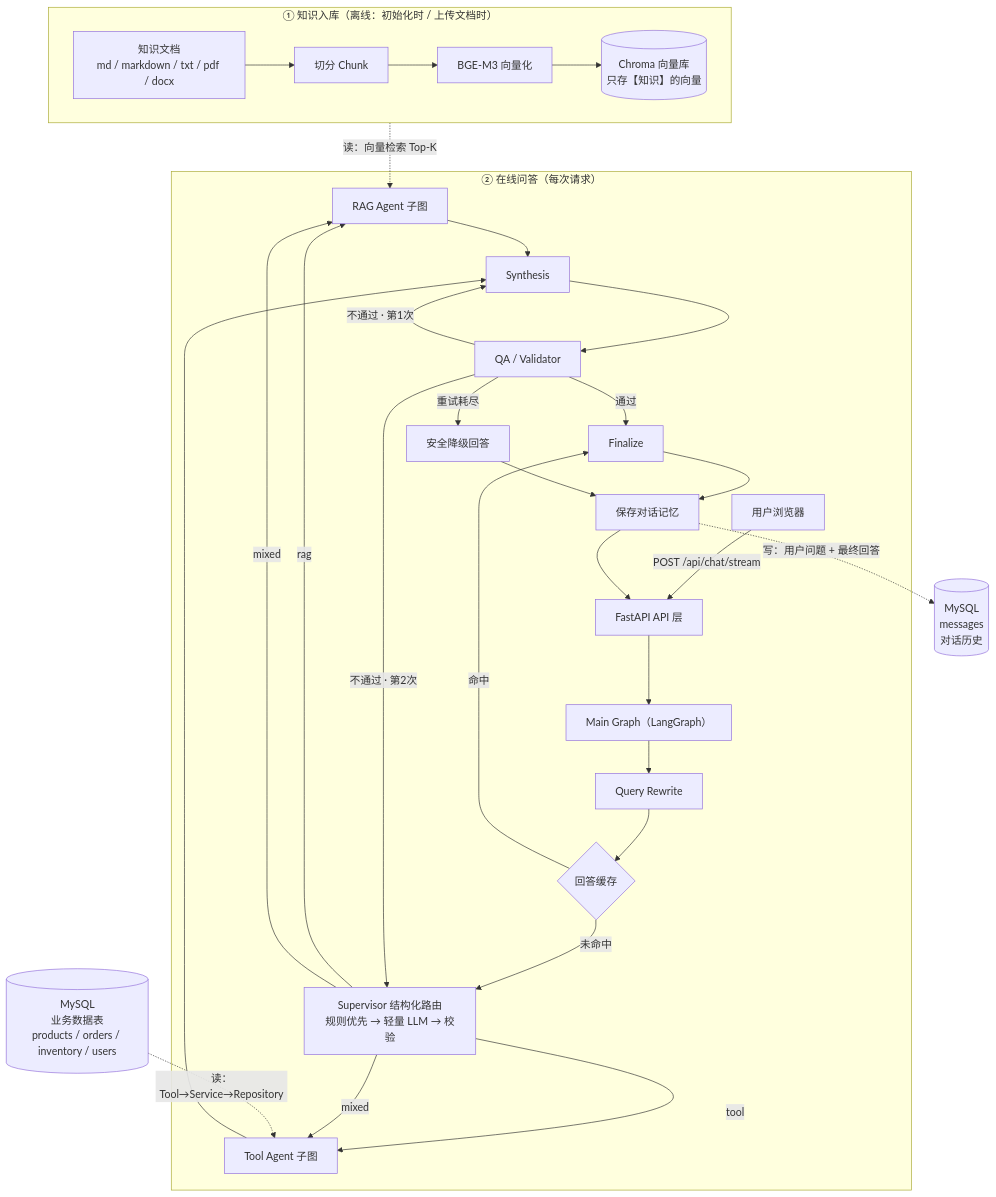
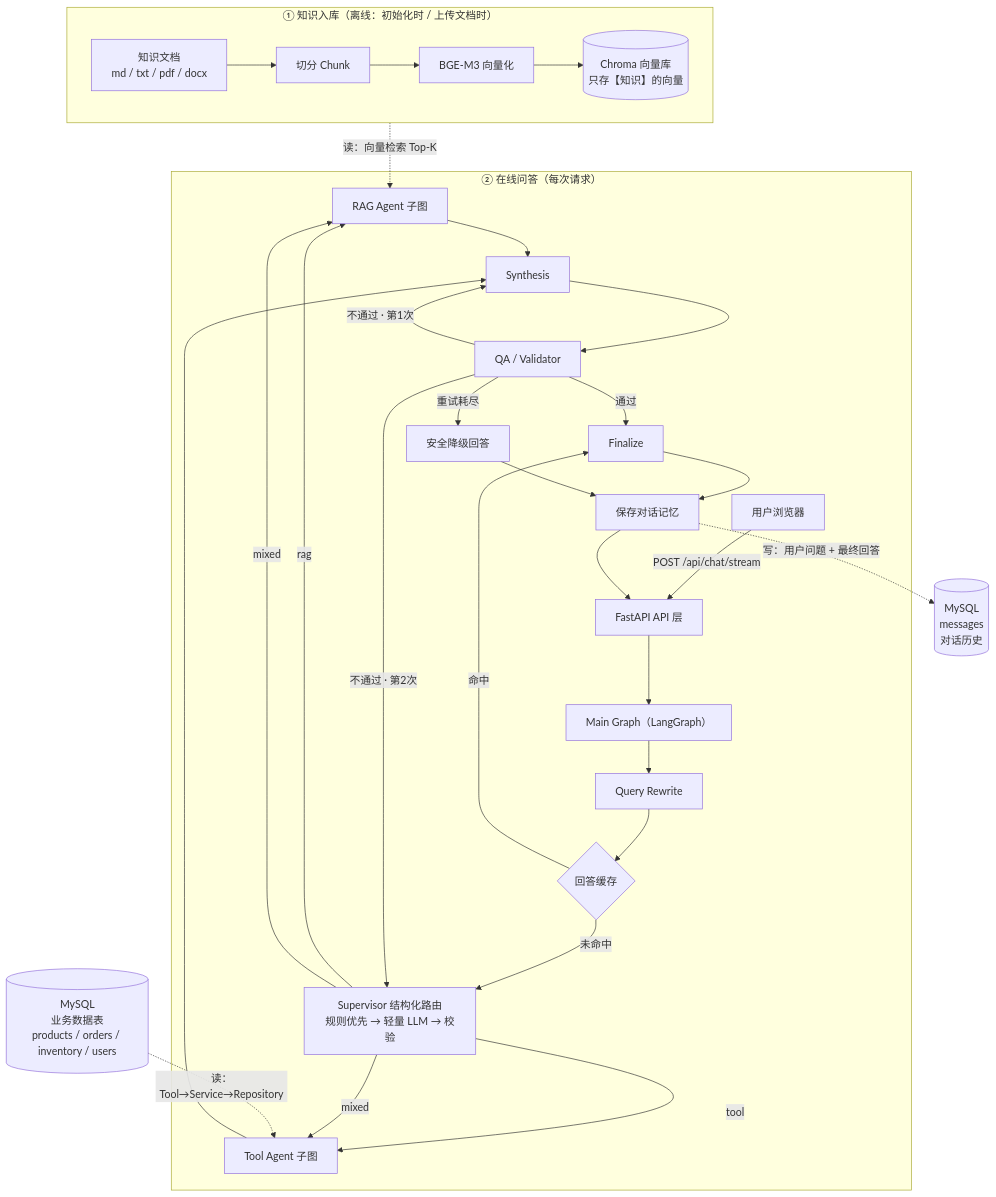
One commit to me10dy01/ORL changed the diagram in README.md. Above: the diagram before and after it, drawn with Mermaid. The commit also changed other lines of this file and 19 other files, not shown here.

````diff
--- a/README.md
+++ b/README.md
@@ -45,39 +45,39 @@
 ```mermaid
 flowchart TD
     subgraph ING["① 知识入库（离线：初始化时 / 上传文档时）"]
         direction LR
-        DOC["知识文档<br/>md / markdown / txt / pdf / docx"] --> CHUNK["切分 Chunk"]
+        DOC["知识文档<br/>md / txt / pdf / docx"] --> CHUNK["切分 Chunk"]
         CHUNK --> EMB["BGE-M3 向量化"]
         EMB --> CHROMA[("Chroma 向量库<br/>只存【知识】的向量")]
     end
 
     subgraph QRY["② 在线问答（每次请求）"]
         U["用户浏览器"] -->|"POST /api/chat/stream"| API["FastAPI API 层"]
         API --> G["Main Graph（LangGraph）"]
         G --> RW["Query Rewrite"]
         RW --> CG{"回答缓存"}
         CG -->|"命中"| FIN
         CG -->|"未命中"| SUP["Supervisor 结构化路由<br/>规则优先 → 轻量 LLM → 校验"]
         SUP -->|rag| RAG["RAG Agent 子图"]
         SUP -->|tool| TOOL["Tool Agent 子图"]
         SUP -->|mixed| RAG
         SUP -->|mixed| TOOL
         RAG --> SYN["Synthesis"]
         TOOL --> SYN
         SYN --> QA["QA / Validator"]
         QA -->|"通过"| FIN["Finalize"]
         QA -->|"不通过 · 第1次"| SYN
         QA -->|"不通过 · 第2次"| SUP
         QA -->|"重试耗尽"| DEG["安全降级回答"]
         FIN --> MEM["保存对话记忆"]
         DEG --> MEM
         MEM --> API
     end
 
     DB_BIZ[("MySQL<br/>业务数据表<br/>products / orders / inventory / users")]
     DB_MEM[("MySQL<br/>messages<br/>对话历史")]
 
     CHROMA -.->|"读：向量检索 Top-K"| RAG
     DB_BIZ -.->|"读：Tool→Service→Repository"| TOOL
     MEM -.->|"写：用户问题 + 最终回答"| DB_MEM
 ```
````
